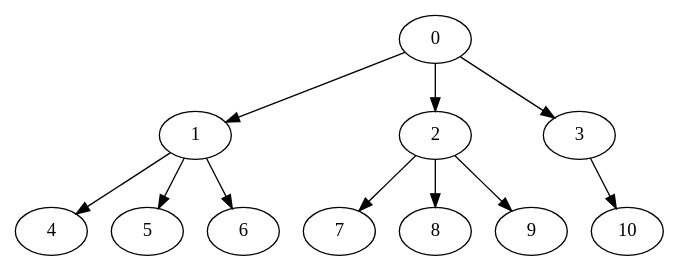
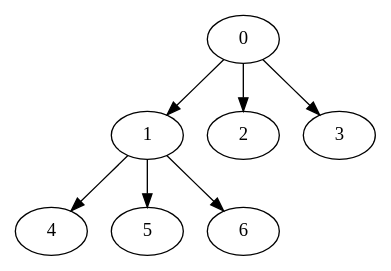
One commit to dder725/ProcessScheduler changed the diagram in INPUT-output.dot. Above: the diagram before and after it, drawn with Graphviz. The commit also changed 7 other files, not shown here.

```diff
--- a/INPUT-output.dot
+++ b/INPUT-output.dot
@@ -1,24 +1,16 @@
 digraph " Output " {
-0           [Weight=50,Start=0,Processor=0];
-0 -> 1      [Weight = 9];
-0 -> 2      [Weight = 7];
-0 -> 3      [Weight = 4];
-2           [Weight=90,Start=50,Processor=0];
-2 -> 7      [Weight = 5];
-2 -> 8      [Weight = 3];
-2 -> 9      [Weight = 10];
-9           [Weight=20,Start=140,Processor=0];
-7           [Weight=80,Start=160,Processor=0];
-3           [Weight=100,Start=240,Processor=0];
-3 -> 10      [Weight = 4];
-10           [Weight=20,Start=340,Processor=0];
-1           [Weight=70,Start=59,Processor=1];
-1 -> 4      [Weight = 10];
-1 -> 5      [Weight = 7];
-1 -> 6      [Weight = 5];
-5           [Weight=20,Start=129,Processor=1];
-8           [Weight=50,Start=149,Processor=1];
-6           [Weight=100,Start=199,Processor=1];
-4           [Weight=40,Start=299,Processor=1];
+0           [Weight=5,Start=0,Processor=0];
+0 -> 1      [Weight = 15];
+0 -> 2      [Weight = 11];
+0 -> 3      [Weight = 11];
+1           [Weight=6,Start=5,Processor=0];
+1 -> 4      [Weight = 19];
+1 -> 5      [Weight = 4];
+1 -> 6      [Weight = 21];
+4           [Weight=4,Start=11,Processor=0];
+6           [Weight=7,Start=15,Processor=0];
+5           [Weight=7,Start=15,Processor=1];
+2           [Weight=5,Start=16,Processor=2];
+3           [Weight=6,Start=16,Processor=3];
 
 }
```
